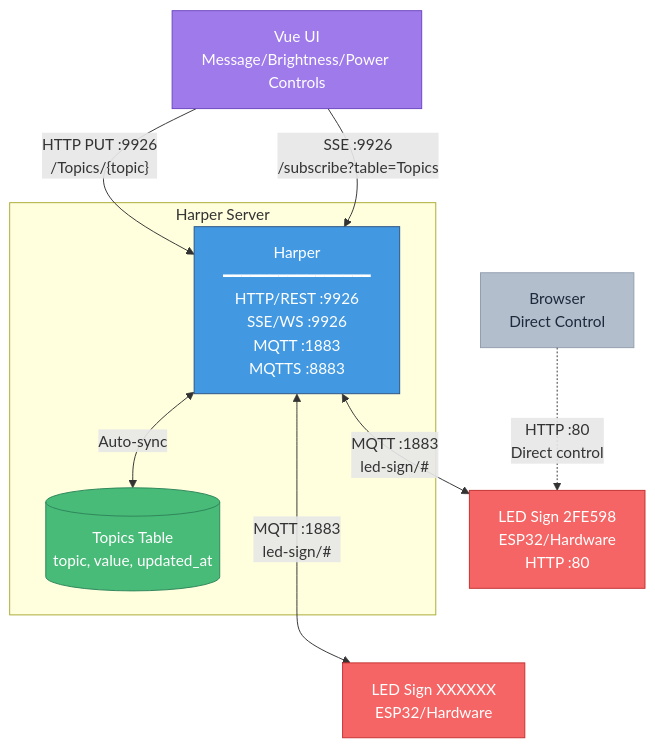
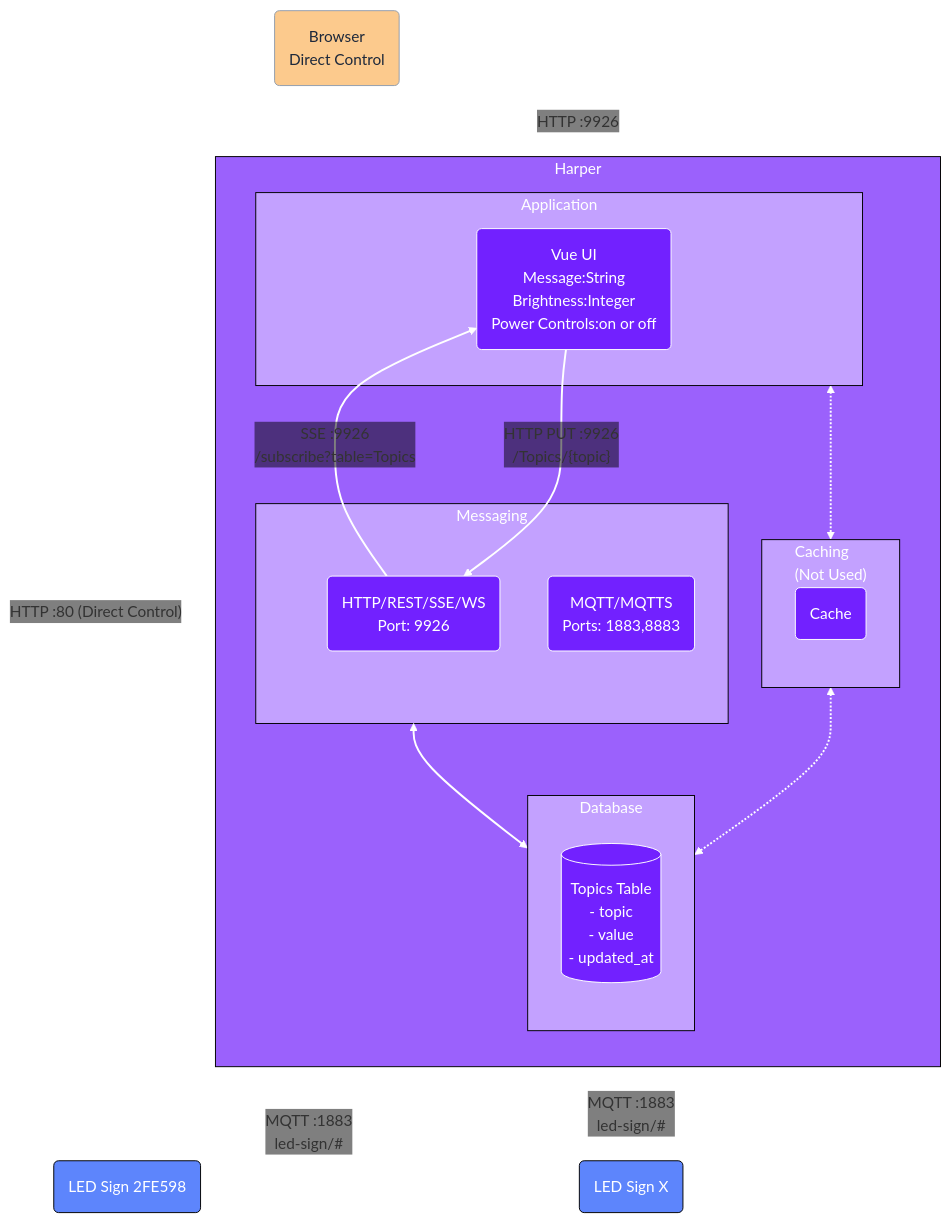
The diagram in README.md (HarperFast/realtime-pubsub-example), drawn with Mermaid before and after one commit. The commit also changed 2 other files, not shown here.

Commit message:
working example

````diff
--- a/README.md
+++ b/README.md
@@ -17,28 +17,68 @@
 ```mermaid
-graph TB
-    UI[Vue UI<br/>Message/Brightness/Power Controls]
+%%{init: {'themeVariables': { 'edgeLabelBackground': 'transparent'}}}%%
+flowchart TB
 
-    subgraph "Harper Server"
-        HARPER["Harper<br/>━━━━━━━━━━━━━━━━<br/>HTTP/REST :9926<br/>SSE/WS :9926<br/>MQTT :1883<br/>MQTTS :8883"]
-        DB[(Topics Table<br/>topic, value, updated_at)]
-        HARPER <-->|Auto-sync| DB
-    end
+BROWSER[Browser<br/>Direct Control]
 
-    SIGN1[LED Sign 2FE598<br/>ESP32/Hardware<br/>HTTP :80]
-    SIGN2[LED Sign XXXXXX<br/>ESP32/Hardware]
-    BROWSER[Browser<br/>Direct Control]
+subgraph HARPER["Harper"]
+  direction BT
+  
+  subgraph APPLICATION["Application"]
+     UI[Vue UI<br/>Message:String<br/>Brightness:Integer<br/>Power Controls:on or off]
+  end
+  
+  subgraph MESSAGING["Messaging"]
+     MQTT["MQTT/MQTTS<br/>Ports: 1883,8883"]
+     9926["HTTP/REST/SSE/WS<br/>Port: 9926"]
+  end
 
-    UI -->|"HTTP PUT :9926<br/>/Topics/{topic}"| HARPER
-    UI -->|"SSE :9926<br/>/subscribe?table=Topics"| HARPER
-    HARPER <-->|"MQTT :1883<br/>led-sign/#"| SIGN1
-    HARPER <-->|"MQTT :1883<br/>led-sign/#"| SIGN2
-    BROWSER -.->|"HTTP :80<br/>Direct control"| SIGN1
-    SIGN1 ~~~ SIGN2
+  subgraph CACHING["Caching<br/>(Not Used)"]
+     CACHE["Cache"]
+  end
 
-    style UI fill:#9f7aea,stroke:#6b46c1,color:#fff
-    style HARPER fill:#4299e1,stroke:#2c5282,color:#fff
-    style DB fill:#48bb78,stroke:#2f855a,color:#fff
-    style SIGN1 fill:#f56565,stroke:#c53030,color:#fff
-    style SIGN2 fill:#f56565,stroke:#c53030,color:#fff
-    style BROWSER fill:#94a3b8,stroke:#64748b,color:#1e293b,opacity:0.7
+  subgraph DATABASE["Database"]
+     DB[(Topics Table<br/>- topic<br/>- value<br/>- updated_at)]
+  end
+
+  CACHING  <-.-> | | APPLICATION
+  %% DATABASE <--> | | APPLICATION
+  DATABASE <--> | | MESSAGING
+  DATABASE <-.-> | | CACHING
+end
+
+SIGN1[LED Sign X]
+SIGN2[LED Sign 2FE598]
+
+UI --> |"HTTP PUT :9926<br/>/Topics/{topic}"| 9926
+9926 --> |"SSE :9926<br/>/subscribe?table=Topics"| UI
+
+BROWSER <-.-> |"HTTP :80 (Direct Control)"| SIGN2
+BROWSER <-.-> |"HTTP :9926"|HARPER
+
+HARPER <-->|"MQTT :1883<br/>led-sign/#"| SIGN1
+HARPER <-->|"MQTT :1883<br/>led-sign/#"| SIGN2
+
+UI@{ shape : rounded }
+SIGN1@{ shape : rounded }
+SIGN2@{ shape : rounded }
+9926@{ shape : rounded }
+MQTT@{ shape : rounded }
+BROWSER@{ shape : rounded }
+
+linkStyle default stroke-width:2px,fille:none,stroke:#fff
+CACHE@{ shape: rounded }
+style HARPER fill:#9B61FC,stroke:#000000,color:#ffffff
+style APPLICATION fill:#c3a1ff,stroke:#000000,color:#ffffff
+style CACHING fill:#c3a1ff,stroke:#000000,color:#ffffff
+style MESSAGING fill:#c3a1ff,stroke:#000000,color:#ffffff
+style DATABASE fill:#c3a1ff,stroke:#000000,color:#ffffff
+style DB fill:#48bb78,stroke:#2f855a,color:#fff
+style SIGN1 fill:#5d85fc,stroke:#000000,color:#fff
+style SIGN2 fill:#5d85fc,stroke:#000000,color:#fff
+style BROWSER fill:#fcb45d,stroke:#64748b,color:#1e293b,opacity:0.7
+style UI fill:#7221ff,stroke:#fff,color:#fff
+style CACHE fill:#7221ff,stroke:#fff,color:#fff
+style DB fill:#7221ff,stroke:#fff,color:#fff
+style 9926 fill:#7221ff,stroke:#fff,color:#fff
+style MQTT fill:#7221ff,stroke:#fff,color:#fff
 ```
````
